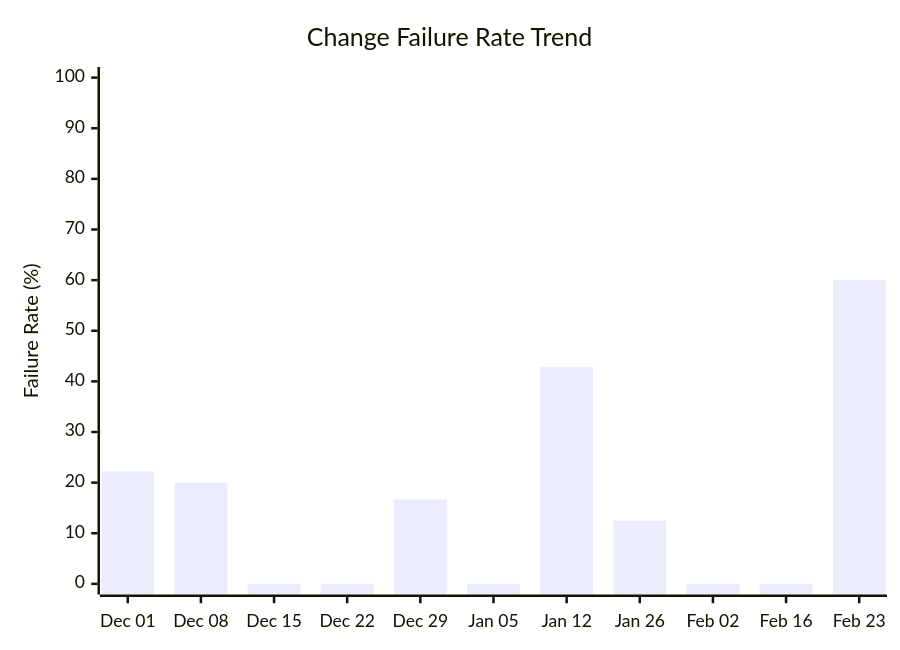
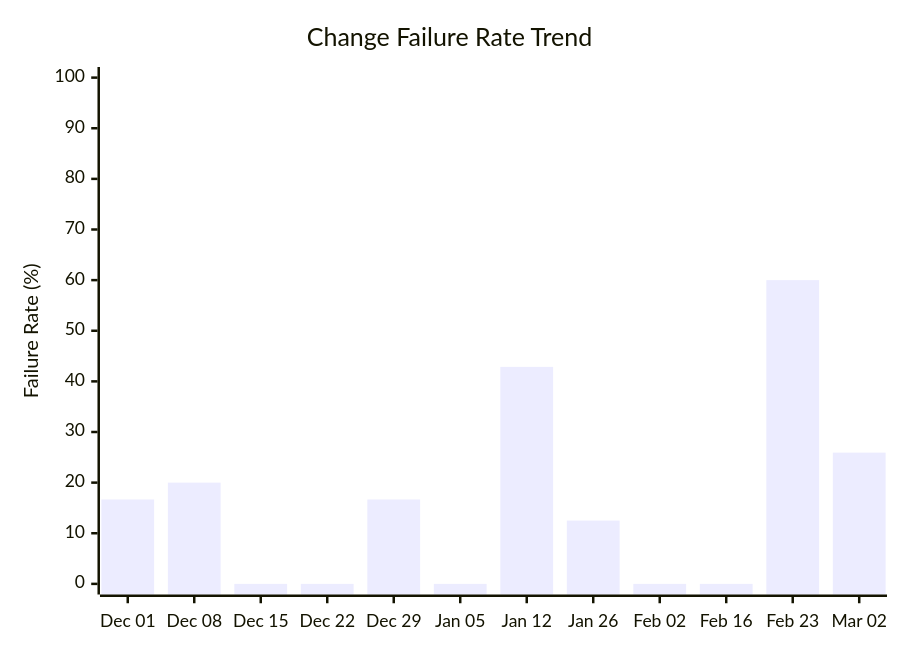
One commit to ukma-cs-ssdm-2025/rate-ukma changed the fourth of 4 diagrams in docs/ci-cd/dora-summary.md. Above: the diagram before and after it, drawn with Mermaid. The commit also changed other lines of this file, not shown here.

````diff
--- a/docs/ci-cd/dora-summary.md
+++ b/docs/ci-cd/dora-summary.md
@@ -66,7 +71,7 @@
 ```mermaid
 xychart-beta
     title "Change Failure Rate Trend"
-    x-axis ["Dec 01", "Dec 08", "Dec 15", "Dec 22", "Dec 29", "Jan 05", "Jan 12", "Jan 26", "Feb 02", "Feb 16", "Feb 23"]
+    x-axis ["Dec 01", "Dec 08", "Dec 15", "Dec 22", "Dec 29", "Jan 05", "Jan 12", "Jan 26", "Feb 02", "Feb 16", "Feb 23", "Mar 02"]
     y-axis "Failure Rate (%)" 0 --> 100
-    bar [22.22, 20.00, 0.00, 0.00, 16.67, 0.00, 42.86, 12.50, 0.00, 0.00, 60.00]
+    bar [16.67, 20.00, 0.00, 0.00, 16.67, 0.00, 42.86, 12.50, 0.00, 0.00, 60.00, 25.93]
 ```
````
